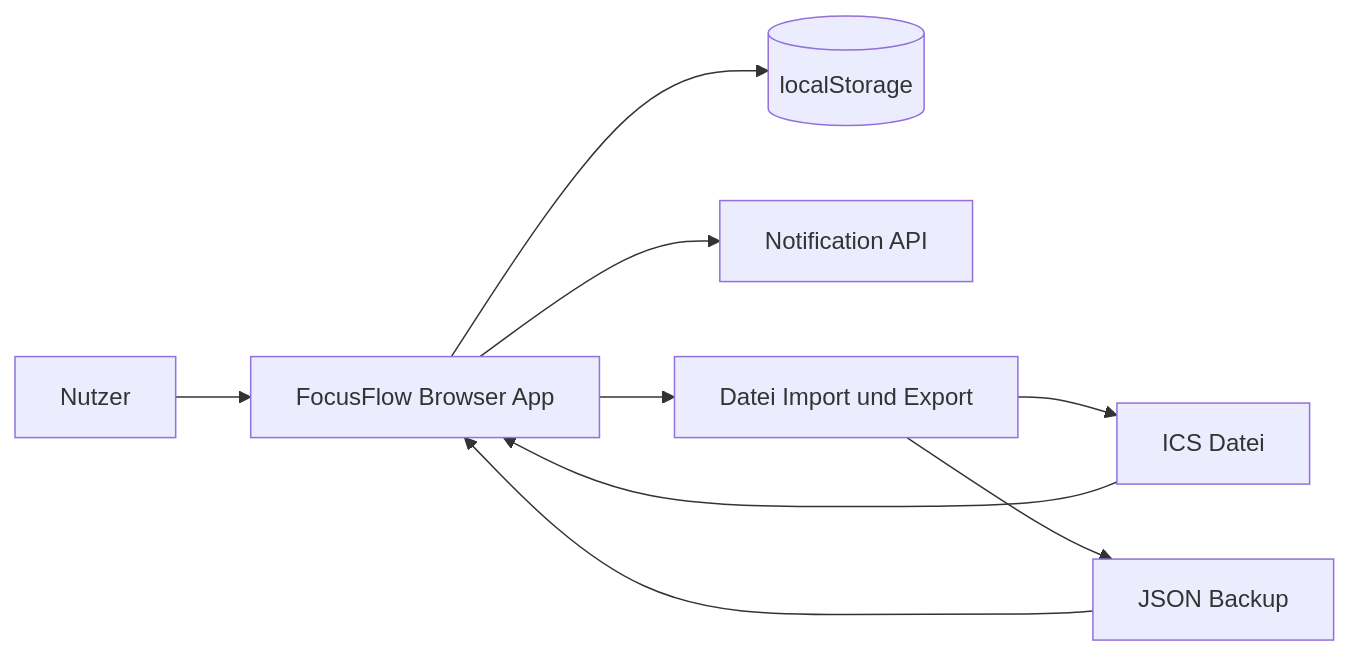
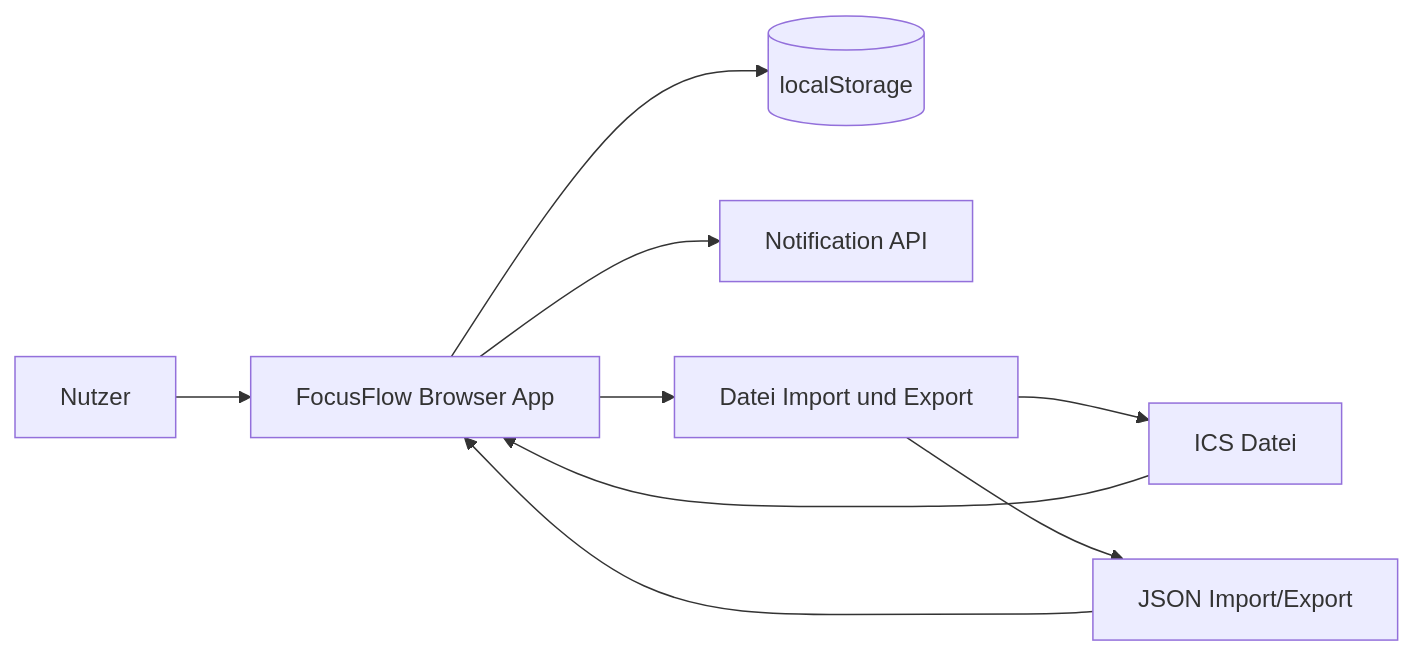
One commit to ChristinaSporer/FocusFlow changed diagram 13 of 17 in README.md. Above: the diagram before and after it, drawn with Mermaid. The commit also changed other lines of this file and 28 other files, not shown here.

````diff
--- a/README.md
+++ b/README.md
@@ -506,19 +505,19 @@
 ```mermaid
 flowchart LR
   U[Nutzer]
   APP[FocusFlow Browser App]
   LS[(localStorage)]
   NOTIF[Notification API]
   FILE[Datei Import und Export]
   ICS[ICS Datei]
-  JSON[JSON Backup]
+  JSON[JSON Import/Export]
 
   U --> APP
   APP --> LS
   APP --> NOTIF
   APP --> FILE
   FILE --> ICS
   FILE --> JSON
   ICS --> APP
   JSON --> APP
 ```
````
